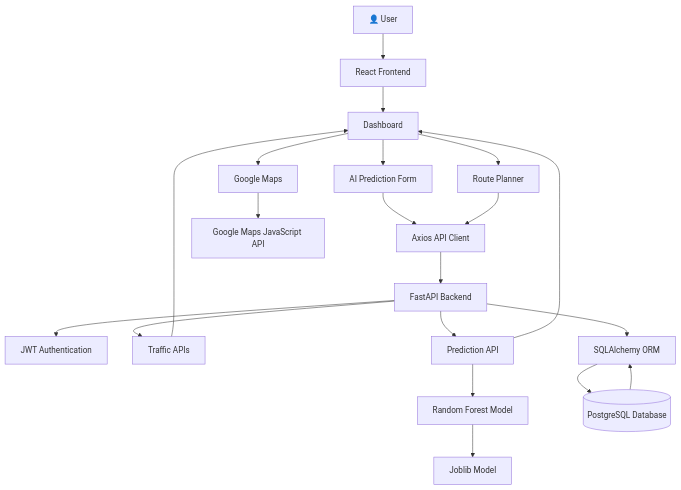
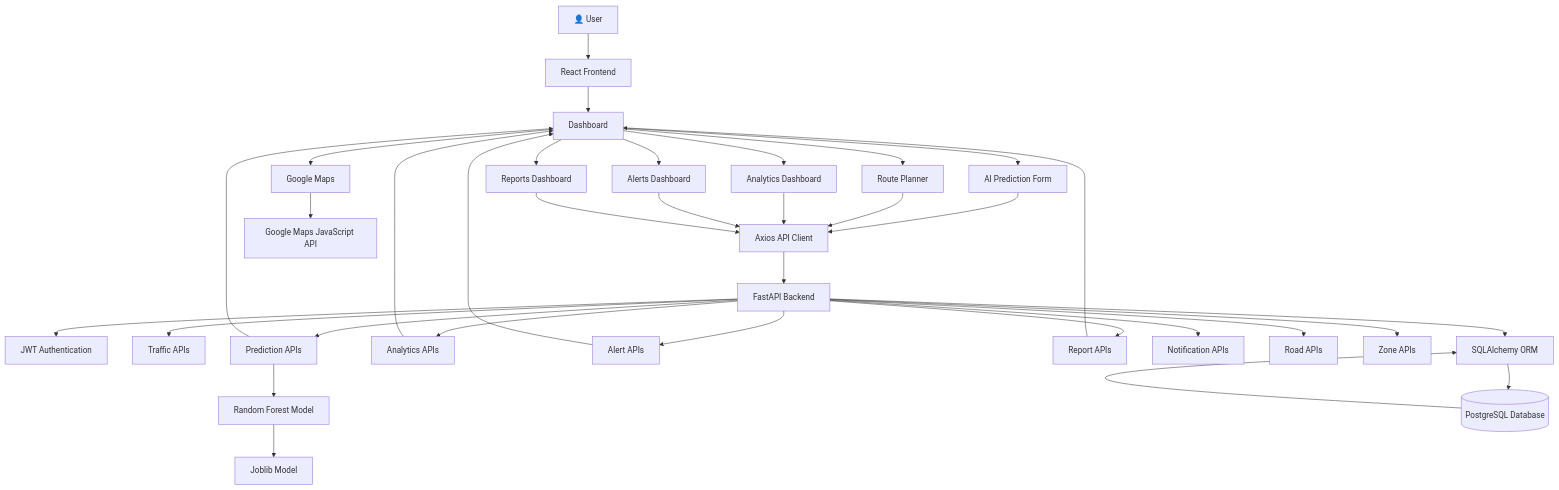
One commit to springboardmentor620-ai/trafficvision-ai-smart-traffic-prediction changed the diagram in README.md. Above: the diagram before and after it, drawn with Mermaid. The commit also changed other lines of this file and 94 other files, not shown here.

Commit message:
completed milestone 3 analytics, alerts, reports, history, prediction, notification, ai insights, and route optimization

````diff
--- a/README.md
+++ b/README.md
@@ -288,35 +365,49 @@
 ```mermaid
 flowchart TD
 
     A[👤 User]
 
     A --> B[React Frontend]
 
     B --> C[Dashboard]
 
     C --> D[AI Prediction Form]
     C --> E[Google Maps]
     C --> F[Route Planner]
+    C --> G[Analytics Dashboard]
+    C --> H[Alerts Dashboard]
+    C --> I[Reports Dashboard]
 
-    D --> G[Axios API Client]
-    F --> G
+    D --> J[Axios API Client]
+    F --> J
+    G --> J
+    H --> J
+    I --> J
 
-    G --> H[FastAPI Backend]
+    J --> K[FastAPI Backend]
 
-    H --> I[JWT Authentication]
-    H --> J[Traffic APIs]
-    H --> K[Prediction API]
+    K --> L[JWT Authentication]
+    K --> M[Traffic APIs]
+    K --> N[Prediction APIs]
+    K --> O[Analytics APIs]
+    K --> P[Alert APIs]
+    K --> Q[Report APIs]
+    K --> R[Notification APIs]
+    K --> S[Road APIs]
+    K --> T[Zone APIs]
 
-    K --> L[Random Forest Model]
-    L --> M[Joblib Model]
+    N --> U[Random Forest Model]
+    U --> V[Joblib Model]
 
-    H --> N[SQLAlchemy ORM]
-    N --> O[(PostgreSQL Database)]
+    K --> W[SQLAlchemy ORM]
+    W --> X[(PostgreSQL Database)]
 
-    O --> N
+    X --> W
 
-    E --> P[Google Maps JavaScript API]
+    E --> Y[Google Maps JavaScript API]
 
-    K --> C
-    J --> C
+    N --> C
+    O --> C
+    P --> C
+    Q --> C
 ```
````
